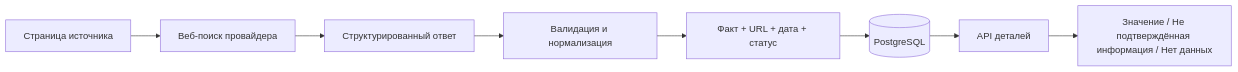
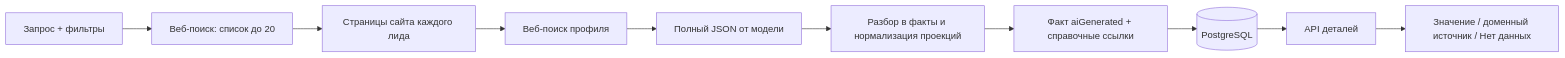
Before and after one commit to SashaPerekhrest/Goulash2: the fifth of 5 diagrams in docs/application-flow.md, drawn with Mermaid. The commit also changed other lines of this file and 58 other files, not shown here.

````diff
--- a/docs/application-flow.md
+++ b/docs/application-flow.md
@@ -126,10 +133,12 @@
 ```mermaid
 flowchart LR
-    W[Страница источника] --> P[Веб-поиск провайдера]
-    P --> J[Структурированный ответ]
-    J --> N[Валидация и нормализация]
-    N --> E[Факт + URL + дата + статус]
+    U[Запрос + фильтры] --> L[Веб-поиск: список до 20]
+    L --> W[Страницы сайта каждого лида]
+    W --> P[Веб-поиск профиля]
+    P --> J[Полный JSON от модели]
+    J --> N[Разбор в факты и нормализация проекций]
+    N --> E[Факт aiGenerated + справочные ссылки]
     E --> DB[(PostgreSQL)]
     DB --> API[API деталей]
-    API --> UI[Значение / Не подтверждённая информация / Нет данных]
+    API --> UI[Значение / доменный источник / Нет данных]
 ```
````
